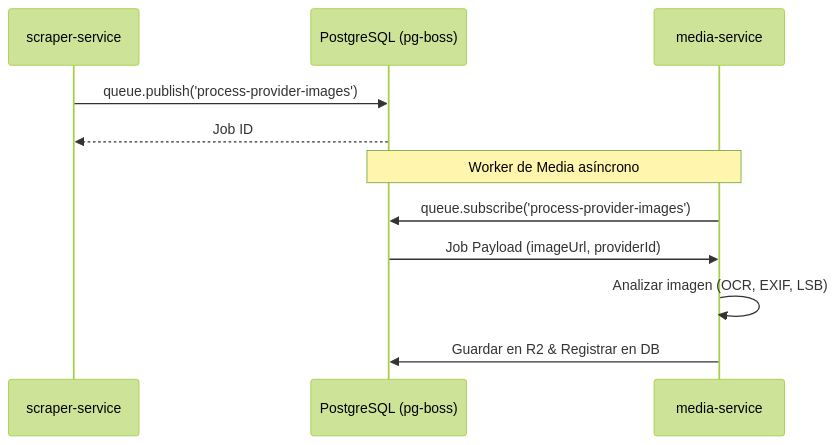
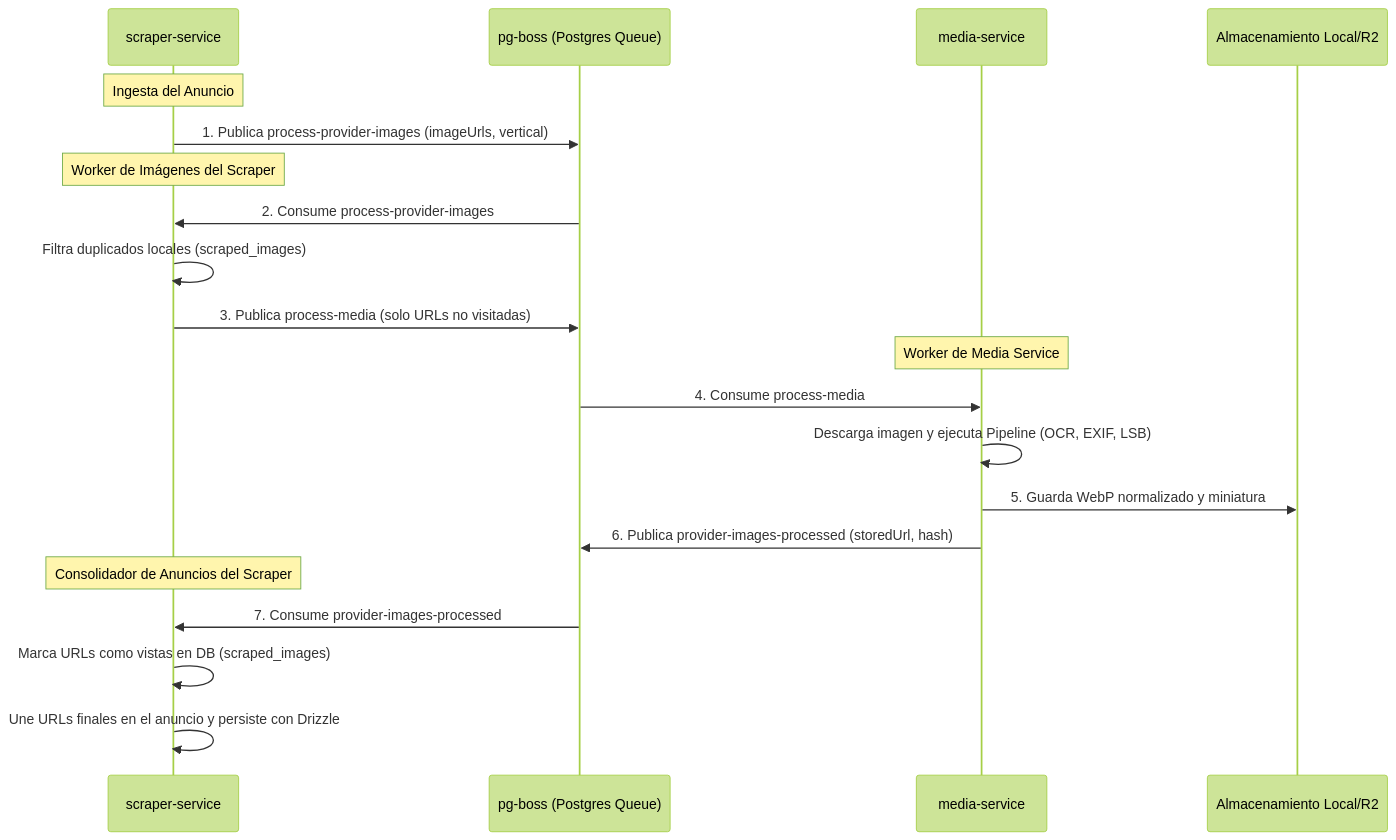
Before and after one commit to raulgrecio/allcoba: the second of 2 diagrams in multi-verticals-proyect/docs/architecture/30-scraper-media-communication.md, drawn with Mermaid (forest theme). The commit also changed other lines of this file and 21 other files, not shown here.

Commit message:
refactor: decouple image processing from storage by offloading pipeline execution to the media service via queue events and introducing a consolidation use case.

````diff
--- a/multi-verticals-proyect/docs/architecture/30-scraper-media-communication.md
+++ b/multi-verticals-proyect/docs/architecture/30-scraper-media-communication.md
@@ -136,16 +150,26 @@
 ```mermaid
 sequenceDiagram
     participant Scraper as scraper-service
-    participant DB as PostgreSQL (pg-boss)
+    participant Queue as pg-boss (Postgres Queue)
     participant Media as media-service
+    participant Storage as Almacenamiento Local/R2
+
+    Note over Scraper: Ingesta del Anuncio
+    Scraper->>Queue: 1. Publica process-provider-images (imageUrls, vertical)
     
-    Scraper->>DB: queue.publish('process-provider-images')
-    DB-->>Scraper: Job ID
-    
-    Note over Media,DB: Worker de Media asíncrono
-    Media->>DB: queue.subscribe('process-provider-images')
-    DB->>Media: Job Payload (imageUrl, providerId)
-    
-    Media->>Media: Analizar imagen (OCR, EXIF, LSB)
-    Media->>DB: Guardar en R2 & Registrar en DB
+    Note over Scraper: Worker de Imágenes del Scraper
+    Queue->>Scraper: 2. Consume process-provider-images
+    Scraper->>Scraper: Filtra duplicados locales (scraped_images)
+    Scraper->>Queue: 3. Publica process-media (solo URLs no visitadas)
+
+    Note over Media: Worker de Media Service
+    Queue->>Media: 4. Consume process-media
+    Media->>Media: Descarga imagen y ejecuta Pipeline (OCR, EXIF, LSB)
+    Media->>Storage: 5. Guarda WebP normalizado y miniatura
+    Media->>Queue: 6. Publica provider-images-processed (storedUrl, hash)
+
+    Note over Scraper: Consolidador de Anuncios del Scraper
+    Queue->>Scraper: 7. Consume provider-images-processed
+    Scraper->>Scraper: Marca URLs como vistas en DB (scraped_images)
+    Scraper->>Scraper: Une URLs finales en el anuncio y persiste con Drizzle
 ```
````
